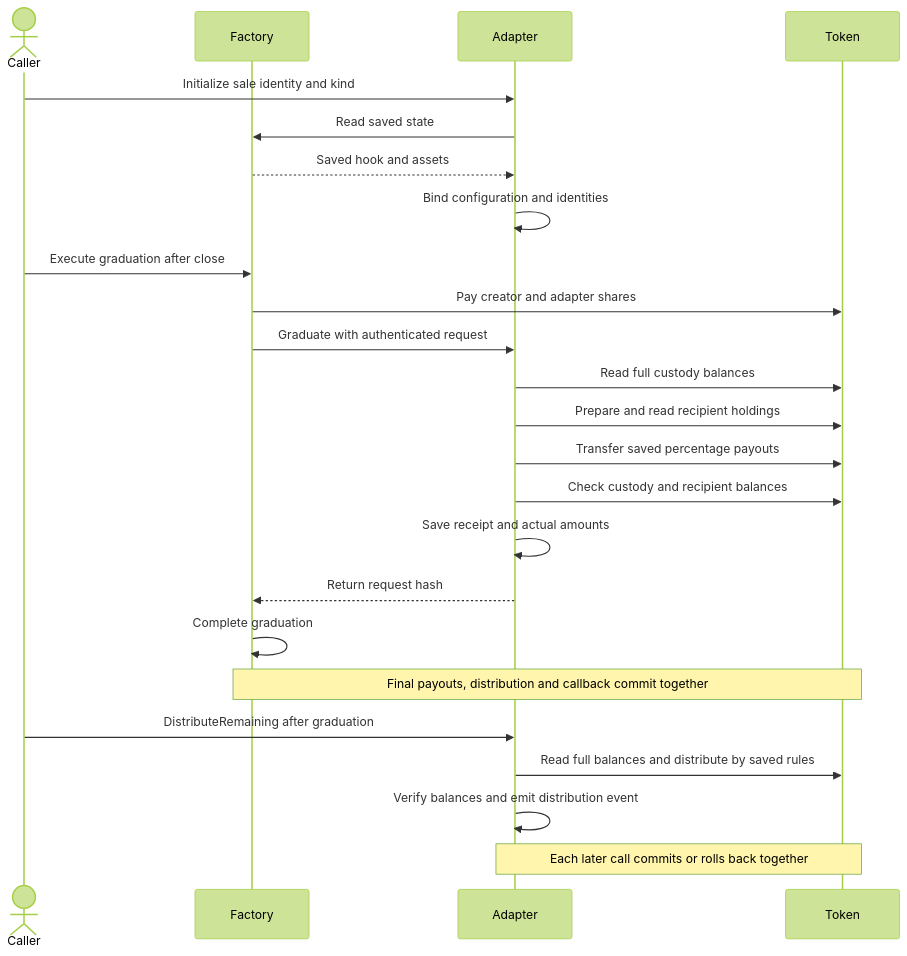
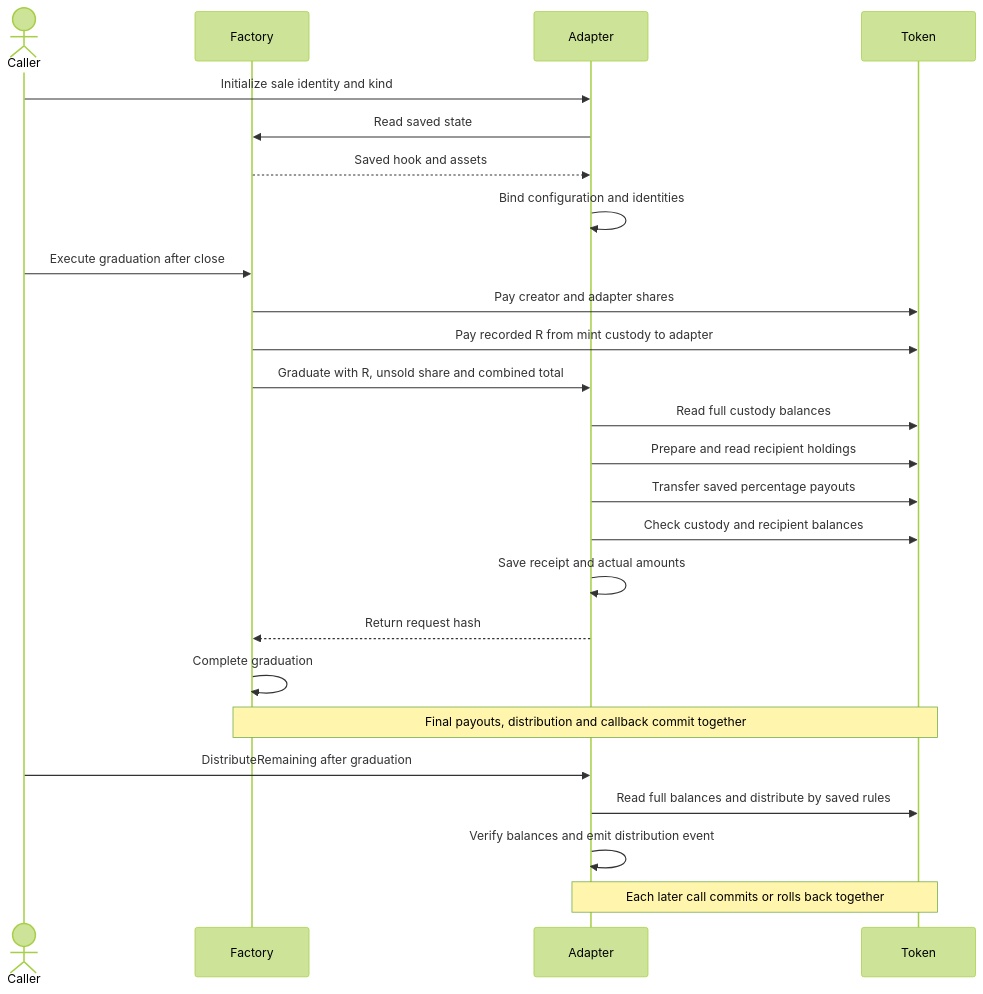
One commit to bleu/logos-launchpad changed the diagram in docs/architecture/sequence-diagrams/distribution-adapter.md. Above: the diagram before and after it, drawn with Mermaid (forest theme). The commit also changed 37 other files, not shown here.

````diff
--- a/docs/architecture/sequence-diagrams/distribution-adapter.md
+++ b/docs/architecture/sequence-diagrams/distribution-adapter.md
@@ -5,26 +5,27 @@
 ```mermaid
 sequenceDiagram
     actor Caller
     participant Factory
     participant Adapter
     participant Token
     Caller->>Adapter: Initialize sale identity and kind
     Adapter->>Factory: Read saved state
     Factory-->>Adapter: Saved hook and assets
     Adapter->>Adapter: Bind configuration and identities
     Caller->>Factory: Execute graduation after close
     Factory->>Token: Pay creator and adapter shares
-    Factory->>Adapter: Graduate with authenticated request
+    Factory->>Token: Pay recorded R from mint custody to adapter
+    Factory->>Adapter: Graduate with R, unsold share and combined total
     Adapter->>Token: Read full custody balances
     Adapter->>Token: Prepare and read recipient holdings
     Adapter->>Token: Transfer saved percentage payouts
     Adapter->>Token: Check custody and recipient balances
     Adapter->>Adapter: Save receipt and actual amounts
     Adapter-->>Factory: Return request hash
     Factory->>Factory: Complete graduation
     Note over Factory,Token: Final payouts, distribution and callback commit together
     Caller->>Adapter: DistributeRemaining after graduation
     Adapter->>Token: Read full balances and distribute by saved rules
     Adapter->>Adapter: Verify balances and emit distribution event
     Note over Adapter,Token: Each later call commits or rolls back together
 ```
````
